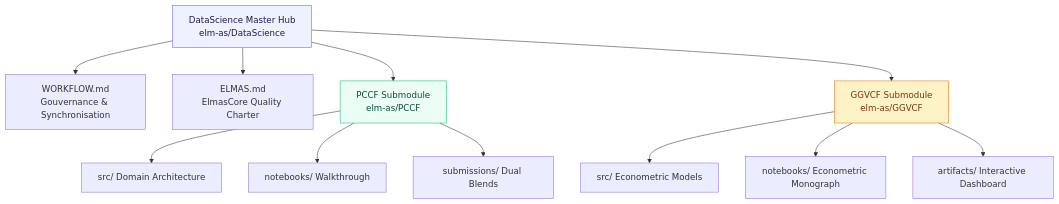
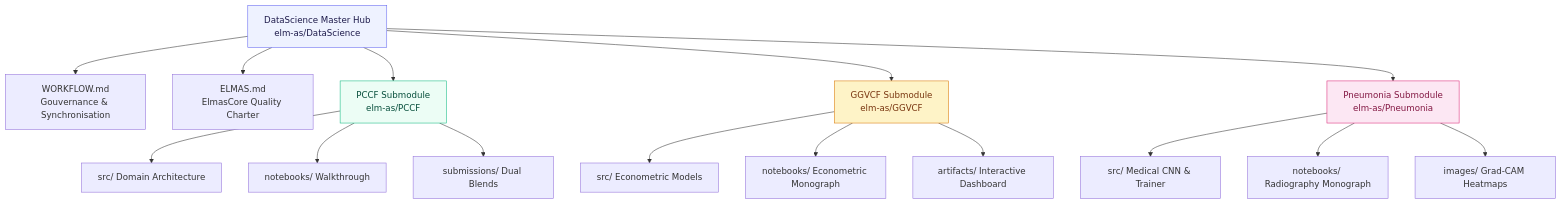
The diagram in README.md (elm-as/DataScience), drawn with Mermaid before and after one commit. The commit also changed other lines of this file and 5 other files, not shown here.

Commit message:
feat(submodule): register Pneumonia medical AI system and sync documentation

````diff
--- a/README.md
+++ b/README.md
@@ -58,19 +59,25 @@
 ```mermaid
 flowchart TD
     ROOT[DataScience Master Hub<br/>elm-as/DataScience] --> WORKFLOW[WORKFLOW.md<br/>Gouvernance & Synchronisation]
     ROOT --> CHARTER[ELMAS.md<br/>ElmasCore Quality Charter]
     ROOT --> SUB1[PCCF Submodule<br/>elm-as/PCCF]
     ROOT --> SUB2[GGVCF Submodule<br/>elm-as/GGVCF]
+    ROOT --> SUB3[Pneumonia Submodule<br/>elm-as/Pneumonia]
 
     SUB1 --> P_SRC[src/ Domain Architecture]
     SUB1 --> P_NB[notebooks/ Walkthrough]
     SUB1 --> P_SUB[submissions/ Dual Blends]
 
     SUB2 --> G_SRC[src/ Econometric Models]
     SUB2 --> G_NB[notebooks/ Econometric Monograph]
     SUB2 --> G_DASH[artifacts/ Interactive Dashboard]
 
+    SUB3 --> PN_SRC[src/ Medical CNN & Trainer]
+    SUB3 --> PN_NB[notebooks/ Radiography Monograph]
+    SUB3 --> PN_CAM[images/ Grad-CAM Heatmaps]
+
     style ROOT fill:#EEF2FF,stroke:#6366F1,color:#1e1b4b
     style SUB1 fill:#ECFDF5,stroke:#10B981,color:#064e3b
     style SUB2 fill:#FEF3C7,stroke:#D97706,color:#78350F
+    style SUB3 fill:#FCE7F3,stroke:#DB2777,color:#831843
 ```
````
